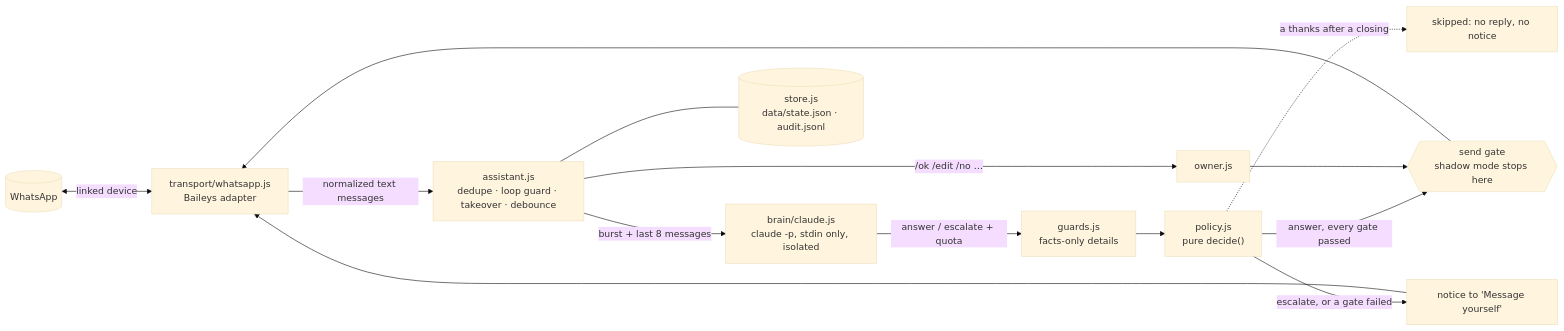
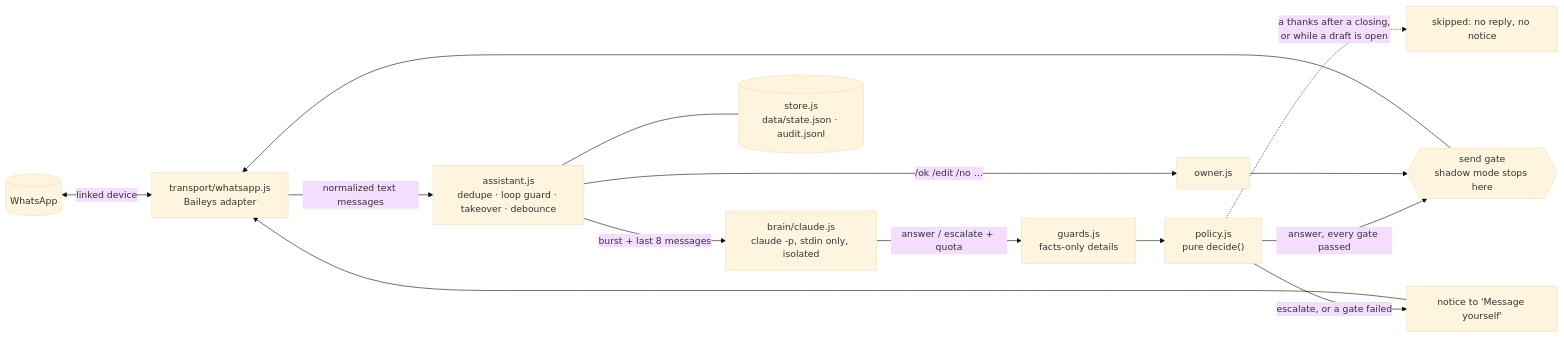
Before and after one commit to dolphinigle/wa-claude-assistant: the diagram in README.md, drawn with Mermaid (base theme). The commit also changed other lines of this file and 13 other files, not shown here.

````diff
--- a/README.md
+++ b/README.md
@@ -41,16 +41,16 @@
 ```mermaid
 flowchart LR
   WA[("WhatsApp")] <-->|linked device| T["transport/whatsapp.js<br/>Baileys adapter"]
   T -->|normalized text messages| A["assistant.js<br/>dedupe · loop guard · takeover · debounce"]
   A -->|"burst + last 8 messages"| B["brain/claude.js<br/>claude -p, stdin only, isolated"]
   B -->|"answer / escalate + quota"| G["guards.js<br/>facts-only details"]
   G --> P["policy.js<br/>pure decide()"]
   P -->|"answer, every gate passed"| S{{"send gate<br/>shadow mode stops here"}}
   P -->|"escalate, or a gate failed"| N["notice to 'Message yourself'"]
-  P -.->|"a thanks after a closing"| K["skipped: no reply, no notice"]
+  P -.->|"a thanks after a closing,<br/>or while a draft is open"| K["skipped: no reply, no notice"]
   A -->|"/ok /edit /no …"| O["owner.js"]
   O --> S
   S --> T
   N --> T
   A --- ST[("store.js<br/>data/state.json · audit.jsonl")]
 ```
````
